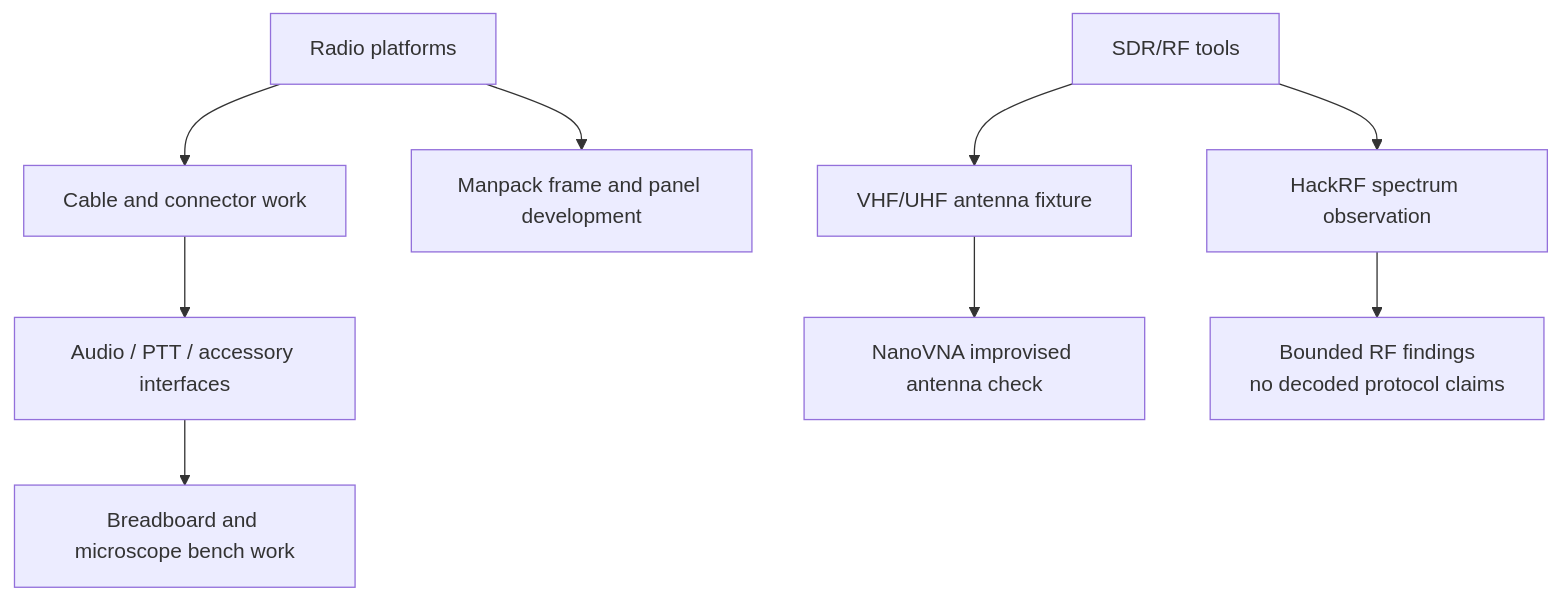
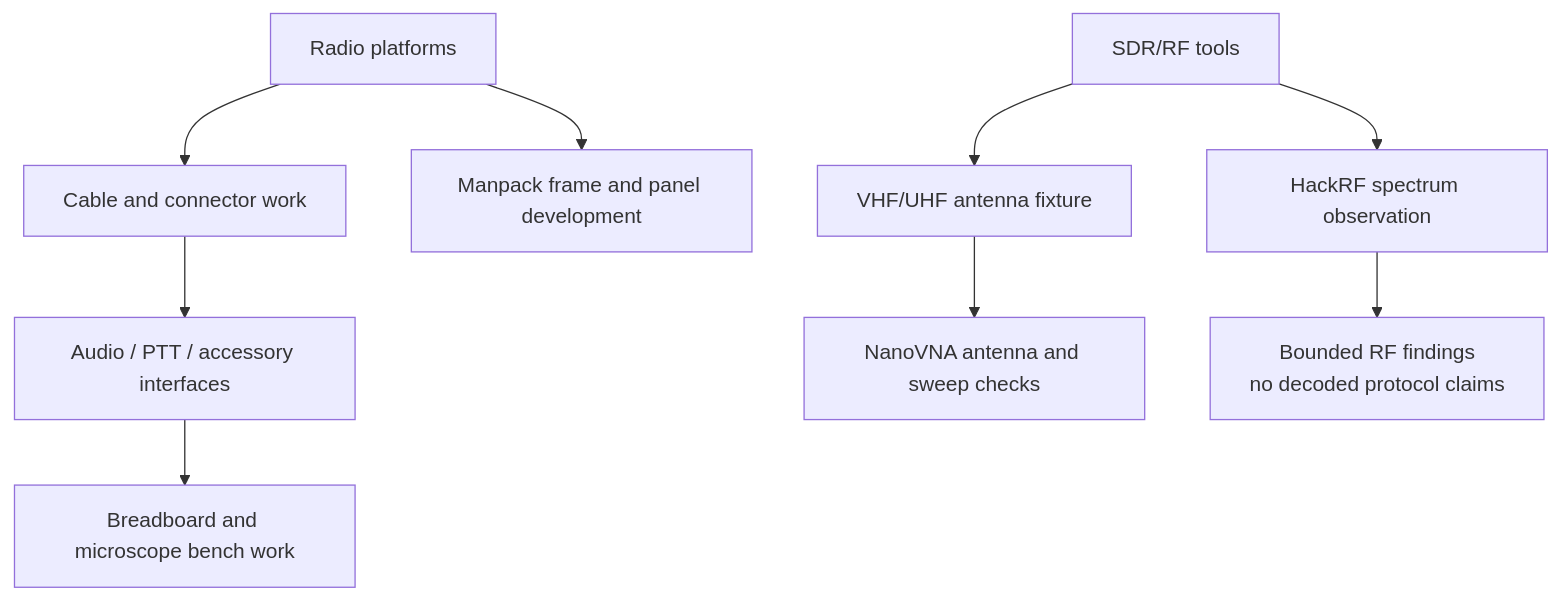
One commit to jjudge213/radio-electronics-interface-lab changed the diagram in README.md. Above: the diagram before and after it, drawn with Mermaid. The commit also changed other lines of this file and 6 other files, not shown here.

Commit message:
Expand NanoVNA RF measurement documentation

````diff
--- a/README.md
+++ b/README.md
@@ -31,11 +33,11 @@
 ```mermaid
 flowchart TD
     radio[Radio platforms] --> cable[Cable and connector work]
     cable --> audio[Audio / PTT / accessory interfaces]
     audio --> bench[Breadboard and microscope bench work]
     radio --> manpack[Manpack frame and panel development]
     rf[SDR/RF tools] --> sweep[HackRF spectrum observation]
     rf --> antenna[VHF/UHF antenna fixture]
-    antenna --> nanovna[NanoVNA improvised antenna check]
+    antenna --> nanovna[NanoVNA antenna and sweep checks]
     sweep --> notes[Bounded RF findings<br/>no decoded protocol claims]
 ```
````
